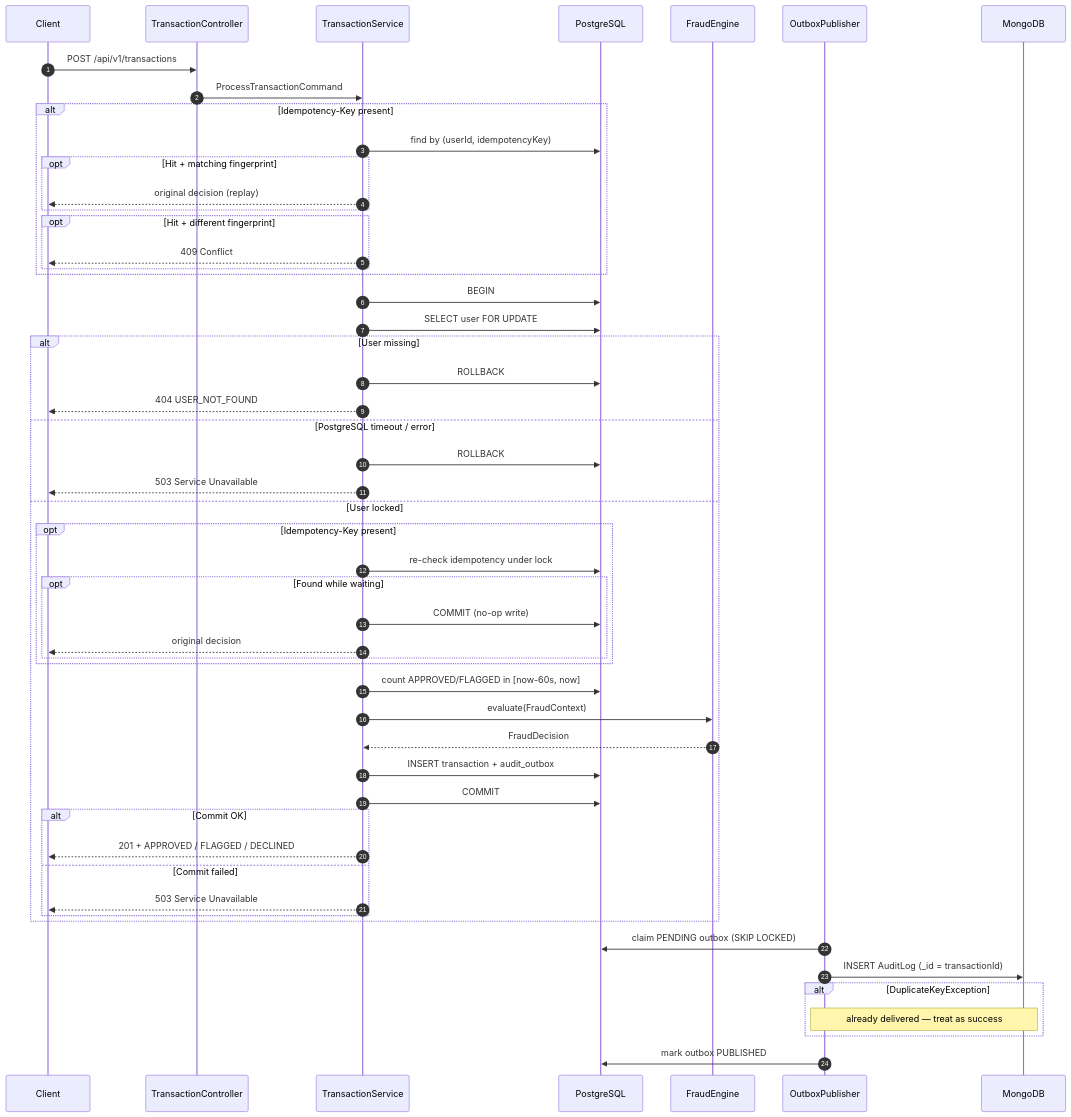
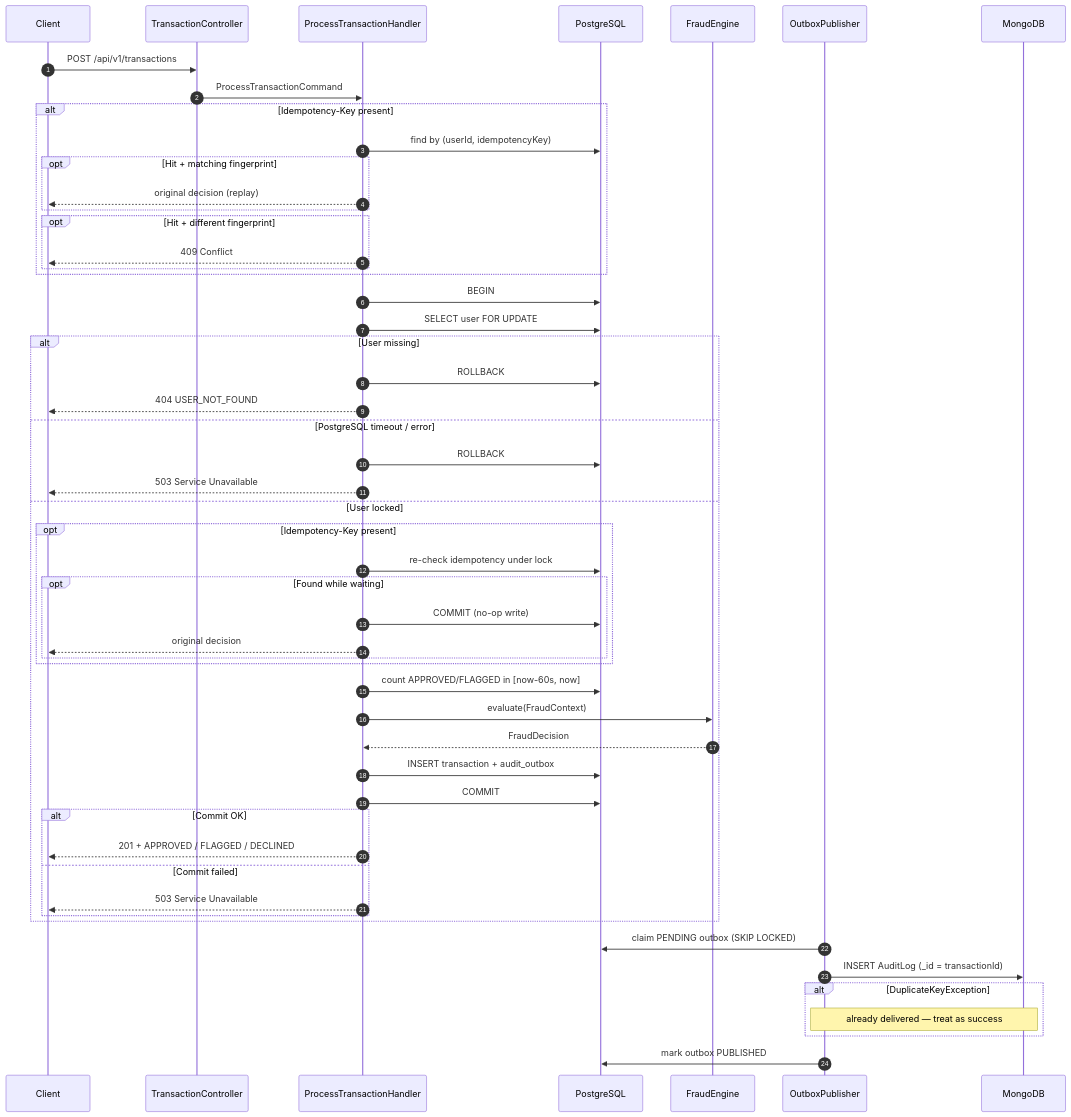
Before and after one commit to aaami1ster/payment-processing-system: the second of 7 diagrams in docs/system-design.md, drawn with Mermaid. The commit also changed other lines of this file and 1 other file, not shown here.

First line of the commit message:
docs: enhance system design document with detailed architecture and layered package structure

````diff
--- a/docs/system-design.md
+++ b/docs/system-design.md
@@ -301,59 +365,59 @@
 ```mermaid
 sequenceDiagram
     autonumber
     participant C as Client
     participant API as TransactionController
-    participant TS as TransactionService
+    participant TS as ProcessTransactionHandler
     participant PG as PostgreSQL
     participant FE as FraudEngine
     participant OB as OutboxPublisher
     participant M as MongoDB
 
     C->>API: POST /api/v1/transactions
     API->>TS: ProcessTransactionCommand
 
     alt Idempotency-Key present
         TS->>PG: find by (userId, idempotencyKey)
         opt Hit + matching fingerprint
             TS-->>C: original decision (replay)
         end
         opt Hit + different fingerprint
             TS-->>C: 409 Conflict
         end
     end
 
     TS->>PG: BEGIN
     TS->>PG: SELECT user FOR UPDATE
     alt User missing
         TS->>PG: ROLLBACK
         TS-->>C: 404 USER_NOT_FOUND
     else PostgreSQL timeout / error
         TS->>PG: ROLLBACK
         TS-->>C: 503 Service Unavailable
     else User locked
         opt Idempotency-Key present
             TS->>PG: re-check idempotency under lock
             opt Found while waiting
                 TS->>PG: COMMIT (no-op write)
                 TS-->>C: original decision
             end
         end
         TS->>PG: count APPROVED/FLAGGED in [now-60s, now]
         TS->>FE: evaluate(FraudContext)
         FE-->>TS: FraudDecision
         TS->>PG: INSERT transaction + audit_outbox
         TS->>PG: COMMIT
         alt Commit OK
             TS-->>C: 201 + APPROVED / FLAGGED / DECLINED
         else Commit failed
             TS-->>C: 503 Service Unavailable
         end
     end
 
     OB->>PG: claim PENDING outbox (SKIP LOCKED)
     OB->>M: INSERT AuditLog (_id = transactionId)
     alt DuplicateKeyException
         Note over OB,M: already delivered — treat as success
     end
     OB->>PG: mark outbox PUBLISHED
 ```
````
